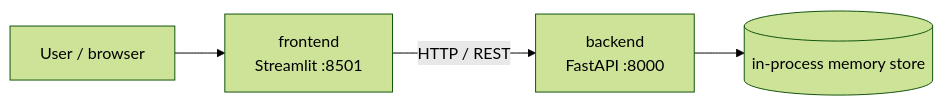
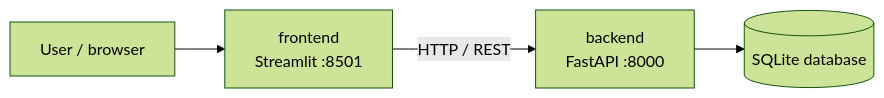
Before and after one commit to juro-candf/zadania-wdrozeniowe: the diagram in README.md, drawn with Mermaid (forest theme). The commit also changed other lines of this file and 5 other files, not shown here.

````diff
--- a/README.md
+++ b/README.md
@@ -50,6 +51,6 @@
 ```mermaid
 graph LR
     U[User / browser] --> F[frontend<br/>Streamlit :8501]
     F -- HTTP / REST --> B[backend<br/>FastAPI :8000]
-    B --> D[(in-process memory store)]
+    B --> D[(SQLite database)]
 ```
````
